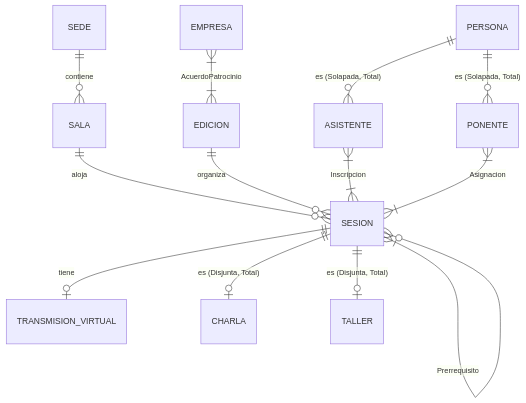
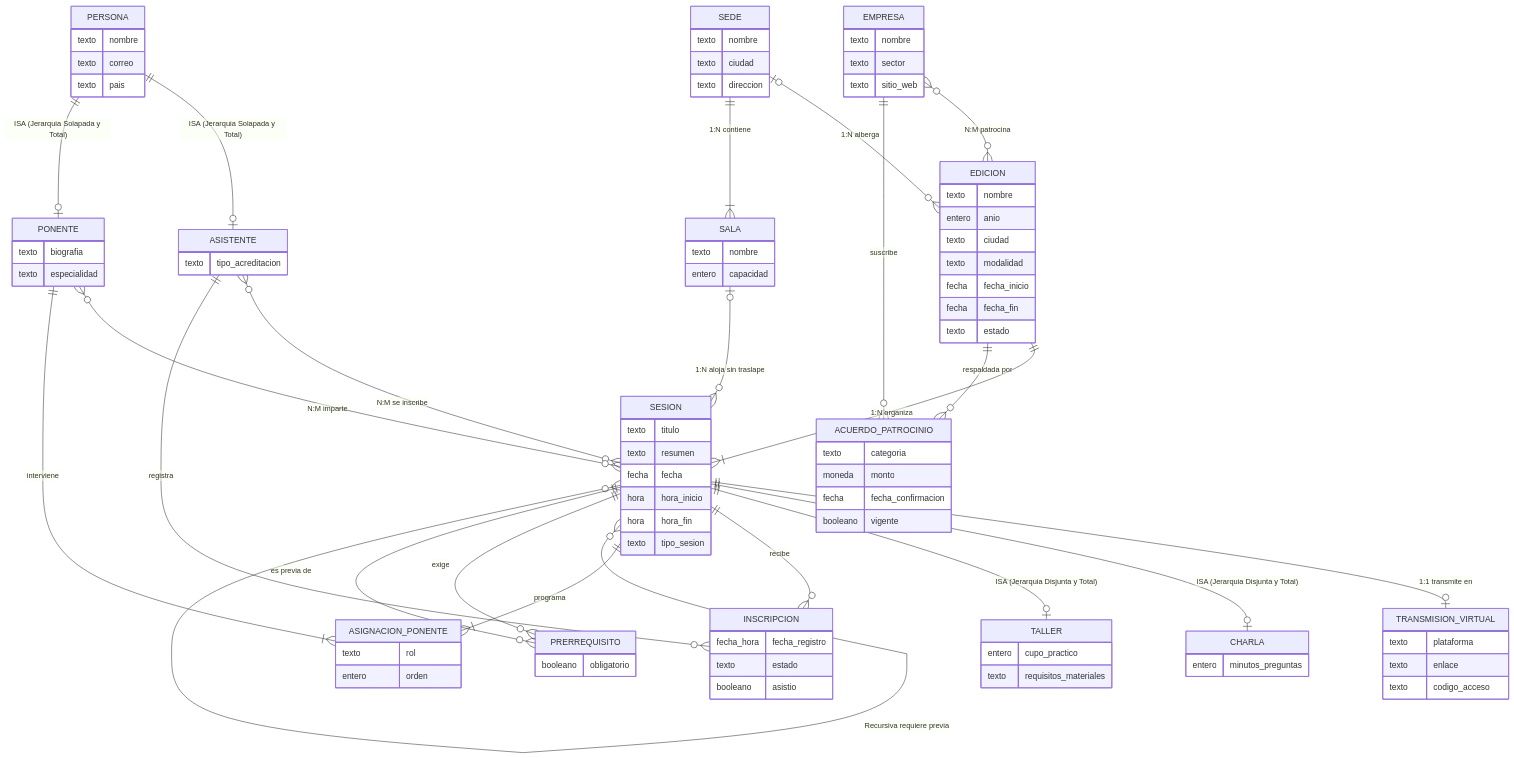
Before and after one commit to RobertGameros/S7-Modelo-Relacional-Avanzado.: the diagram in modelo-conceptual.mmd, drawn with Mermaid. The commit also changed 5 other files, not shown here.

Commit message:
docs: complete domain analysis, business rules, data dictionary and Mermaid ER models

```diff
--- a/modelo-conceptual.mmd
+++ b/modelo-conceptual.mmd
@@ -1,19 +1,128 @@
 erDiagram
-    %% 1:1
-    SESION ||--o| TRANSMISION_VIRTUAL : "tiene"
-    %% 1:N
-    SEDE ||--o{ SALA : "contiene"
-    SALA ||--o{ SESION : "aloja"
-    EDICION ||--o{ SESION : "organiza"
-    %% N:M
-    ASISTENTE }|--|{ SESION : "Inscripcion"
-    PONENTE }|--|{ SESION : "Asignacion"
-    EMPRESA }|--|{ EDICION : "AcuerdoPatrocinio"
-    %% Recursiva
-    SESION }|--o{ SESION : "Prerrequisito"
+    %% =========================================================================
+    %% MODELO CONCEPTUAL (ER) — CONECTATECH
+    %% Sin columnas técnicas (IDs ni FKs artificiales); solo atributos de negocio
+    %% =========================================================================
 
-    %% Jerarquías
-    PERSONA ||--o{ ASISTENTE : "es (Solapada, Total)"
-    PERSONA ||--o{ PONENTE : "es (Solapada, Total)"
-    SESION ||--o| CHARLA : "es (Disjunta, Total)"
-    SESION ||--o| TALLER : "es (Disjunta, Total)"
+    SEDE {
+        texto nombre
+        texto ciudad
+        texto direccion
+    }
+
+    EDICION {
+        texto nombre
+        entero anio
+        texto ciudad
+        texto modalidad
+        fecha fecha_inicio
+        fecha fecha_fin
+        texto estado
+    }
+
+    SALA {
+        texto nombre
+        entero capacidad
+    }
+
+    PERSONA {
+        texto nombre
+        texto correo
+        texto pais
+    }
+
+    ASISTENTE {
+        texto tipo_acreditacion
+    }
+
+    PONENTE {
+        texto biografia
+        texto especialidad
+    }
+
+    SESION {
+        texto titulo
+        texto resumen
+        fecha fecha
+        hora hora_inicio
+        hora hora_fin
+        texto tipo_sesion
+    }
+
+    CHARLA {
+        entero minutos_preguntas
+    }
+
+    TALLER {
+        entero cupo_practico
+        texto requisitos_materiales
+    }
+
+    TRANSMISION_VIRTUAL {
+        texto plataforma
+        texto enlace
+        texto codigo_acceso
+    }
+
+    PRERREQUISITO {
+        booleano obligatorio
+    }
+
+    INSCRIPCION {
+        fecha_hora fecha_registro
+        texto estado
+        booleano asistio
+    }
+
+    ASIGNACION_PONENTE {
+        texto rol
+        entero orden
+    }
+
+    EMPRESA {
+        texto nombre
+        texto sector
+        texto sitio_web
+    }
+
+    ACUERDO_PATROCINIO {
+        texto categoria
+        moneda monto
+        fecha fecha_confirmacion
+        booleano vigente
+    }
+
+    %% Relación 1:1
+    SESION ||--o| TRANSMISION_VIRTUAL : "1:1 transmite en"
+
+    %% Relaciones 1:N
+    SEDE |o--o{ EDICION : "1:N alberga"
+    SEDE ||--|{ SALA : "1:N contiene"
+    EDICION ||--|{ SESION : "1:N organiza"
+    SALA |o--o{ SESION : "1:N aloja sin traslape"
+
+    %% Jerarquía 1: Solapada y Total (Persona -> Asistente / Ponente)
+    PERSONA ||--o| ASISTENTE : "ISA (Jerarquia Solapada y Total)"
+    PERSONA ||--o| PONENTE : "ISA (Jerarquia Solapada y Total)"
+
+    %% Jerarquía 2: Disjunta y Total (Sesion -> Charla / Taller)
+    SESION ||--o| CHARLA : "ISA (Jerarquia Disjunta y Total)"
+    SESION ||--o| TALLER : "ISA (Jerarquia Disjunta y Total)"
+
+    %% Relaciones N:M y sus Entidades Asociativas
+    ASISTENTE }o--o{ SESION : "N:M se inscribe"
+    ASISTENTE ||--o{ INSCRIPCION : "registra"
+    SESION ||--o{ INSCRIPCION : "recibe"
+
+    PONENTE }o--o{ SESION : "N:M imparte"
+    PONENTE ||--|{ ASIGNACION_PONENTE : "interviene"
+    SESION ||--|{ ASIGNACION_PONENTE : "programa"
+
+    EMPRESA }o--o{ EDICION : "N:M patrocina"
+    EMPRESA ||--o{ ACUERDO_PATROCINIO : "suscribe"
+    EDICION ||--o{ ACUERDO_PATROCINIO : "respaldada por"
+
+    %% Relación Recursiva N:M sobre Sesion y su Entidad Asociativa
+    SESION }o--o{ SESION : "Recursiva requiere previa"
+    SESION ||--o{ PRERREQUISITO : "exige"
+    SESION ||--o{ PRERREQUISITO : "es previa de"
```
